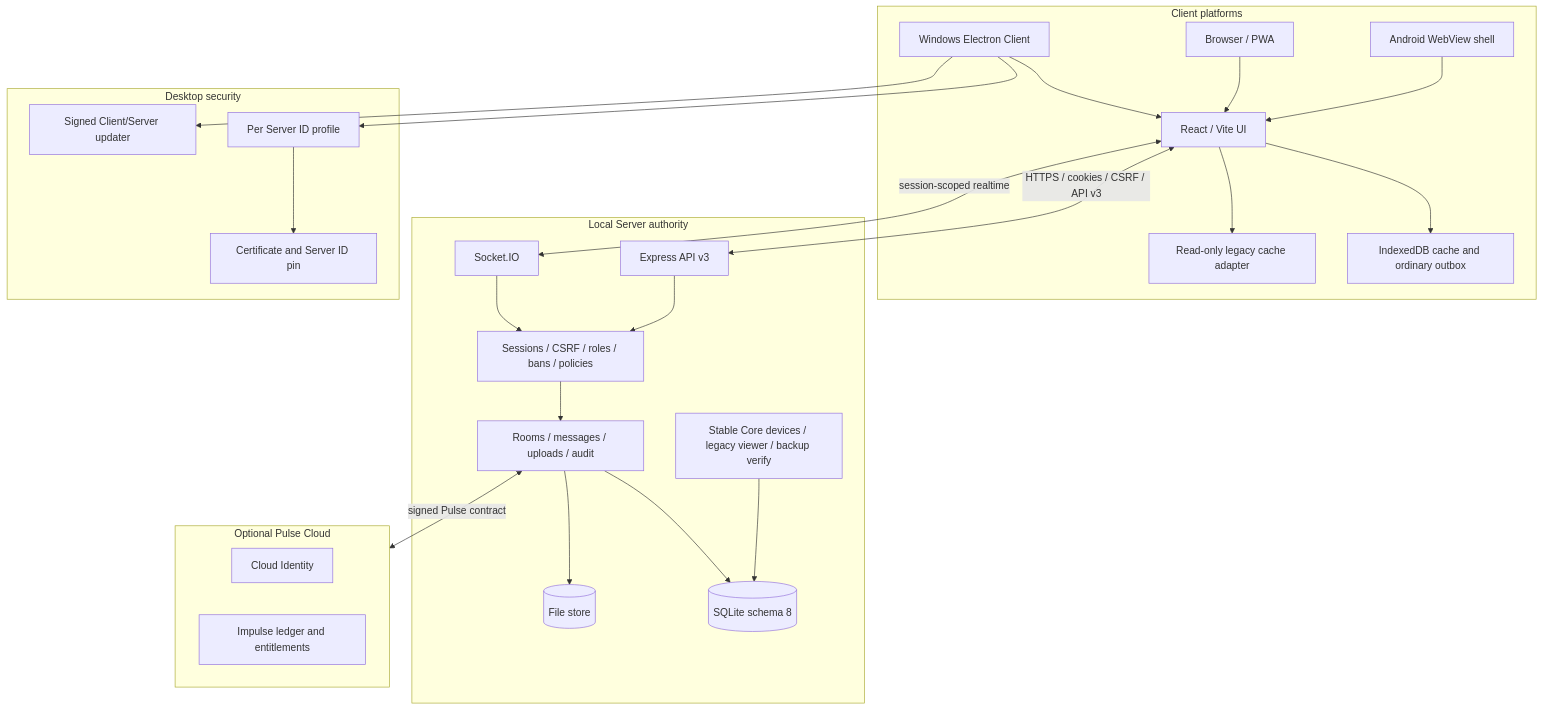
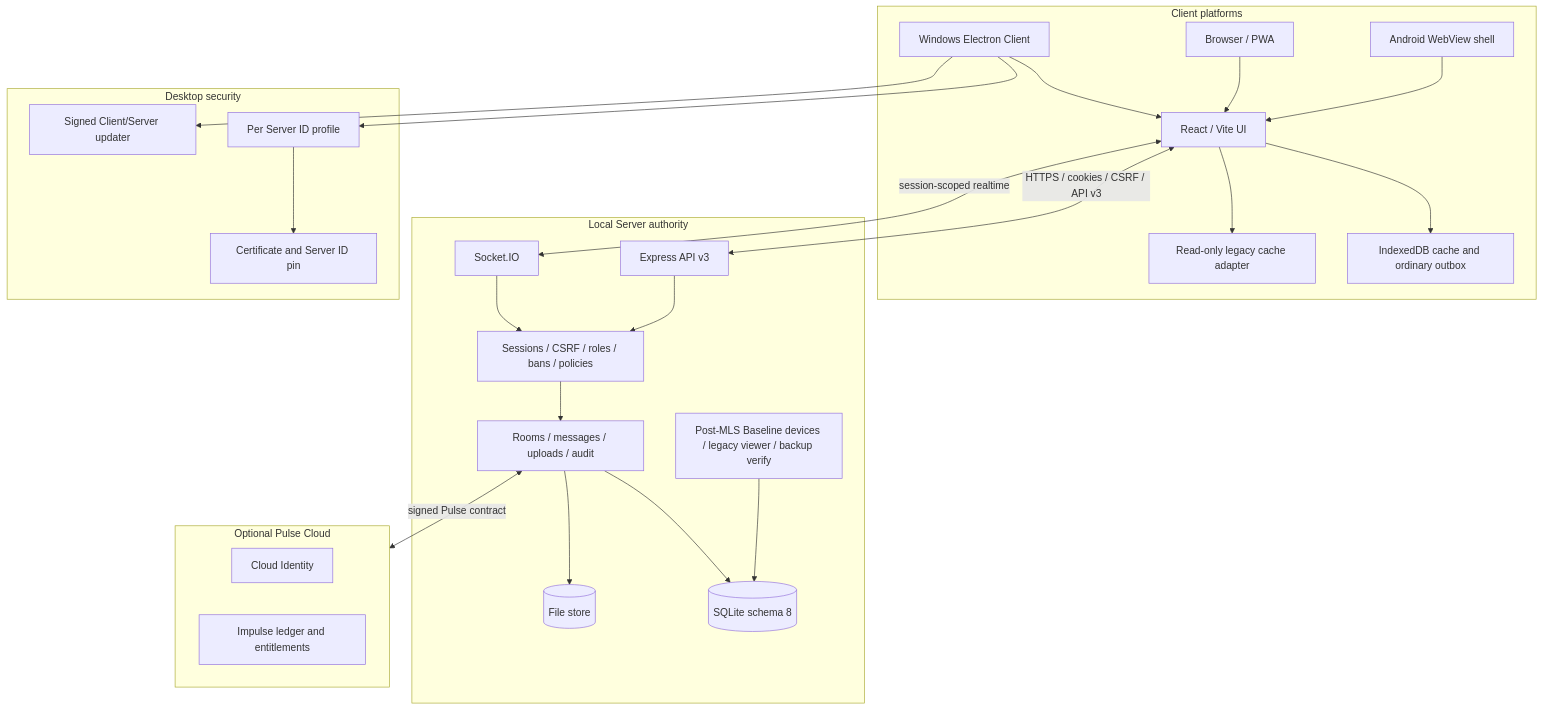
Before and after one commit to Onmaynec/Nexora: the diagram in docs/ARCHITECTURE.md, drawn with Mermaid. The commit also changed other lines of this file and 24 other files, not shown here.

Commit message:
release: prepare Nexora 3.3.4 post-MLS baseline

````diff
--- a/docs/ARCHITECTURE.md
+++ b/docs/ARCHITECTURE.md
@@ -16,48 +16,48 @@
 ```mermaid
 flowchart TB
   subgraph Platforms[Client platforms]
     WIN[Windows Electron Client]
     PWA[Browser / PWA]
     AND[Android WebView shell]
     UI[React / Vite UI]
     CACHE[IndexedDB cache and ordinary outbox]
     LEGACY[Read-only legacy cache adapter]
     WIN --> UI
     PWA --> UI
     AND --> UI
     UI --> CACHE
     UI --> LEGACY
   end
 
   subgraph Server[Local Server authority]
     API[Express API v3]
     RT[Socket.IO]
     AUTH[Sessions / CSRF / roles / bans / policies]
     CORE[Rooms / messages / uploads / audit]
-    STABLE[Stable Core devices / legacy viewer / backup verify]
+    STABLE[Post-MLS Baseline devices / legacy viewer / backup verify]
     DB[(SQLite schema 8)]
     FILES[(File store)]
     API --> AUTH --> CORE
     RT --> AUTH
     CORE --> DB
     CORE --> FILES
     STABLE --> DB
   end
 
   subgraph Desktop[Desktop security]
     PROFILE[Per Server ID profile]
     PIN[Certificate and Server ID pin]
     UPDATE[Signed Client/Server updater]
   end
 
   subgraph Cloud[Optional Pulse Cloud]
     ID[Cloud Identity]
     LEDGER[Impulse ledger and entitlements]
   end
 
   UI <-->|HTTPS / cookies / CSRF / API v3| API
   UI <-->|session-scoped realtime| RT
   WIN --> PROFILE --> PIN
   WIN --> UPDATE
   CORE <-->|signed Pulse contract| Cloud
 ```
````
